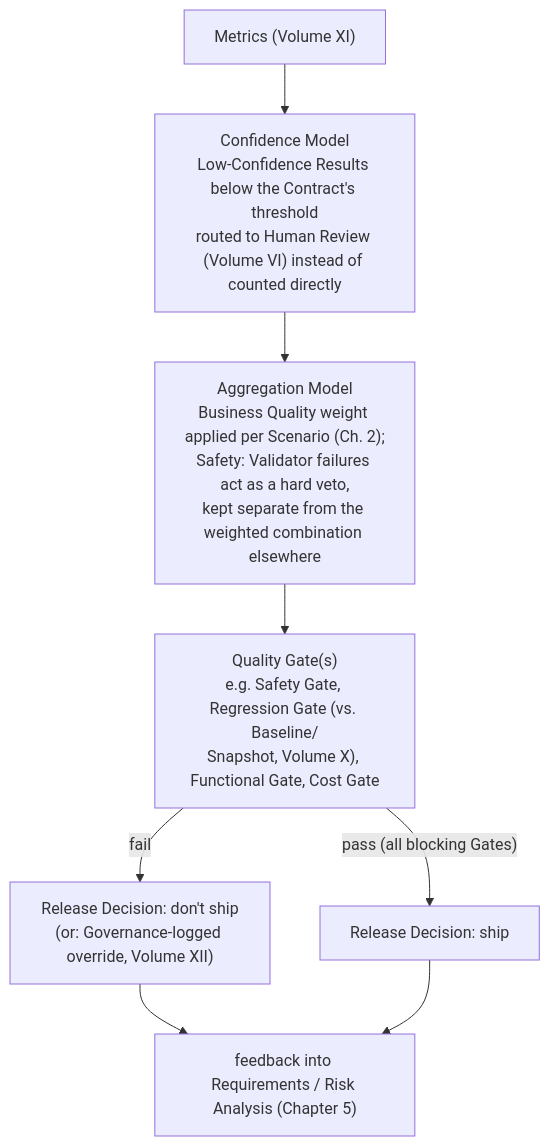
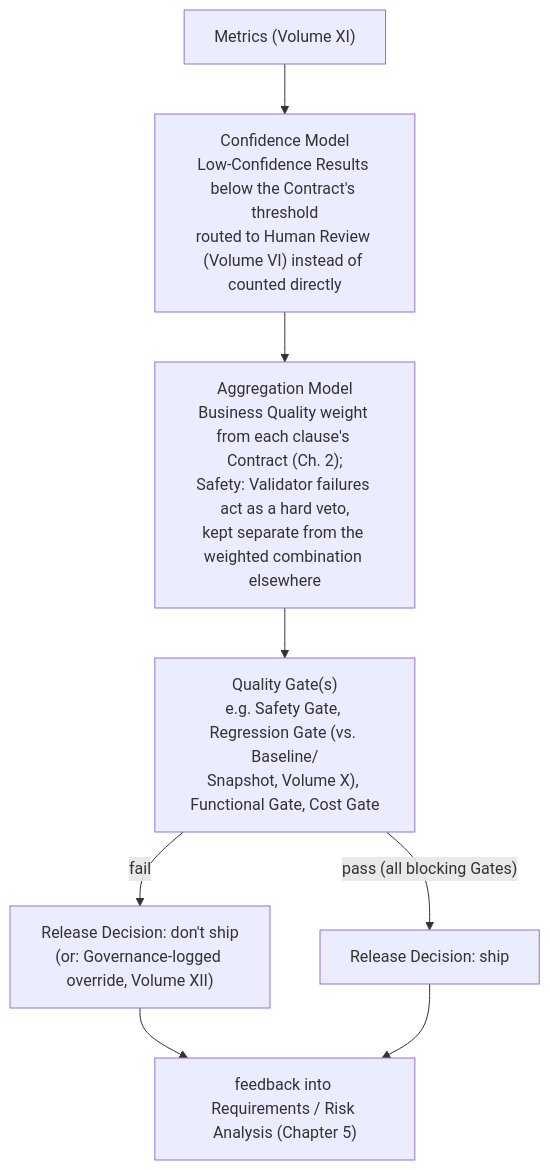
The third of 3 diagrams in part-i-foundations/volume-i-architecture-concepts.md (igorakymenko-create/AQEF), drawn with Mermaid before and after one commit. The commit also changed other lines of this file and 19 other files, not shown here.

````diff
--- a/part-i-foundations/volume-i-architecture-concepts.md
+++ b/part-i-foundations/volume-i-architecture-concepts.md
@@ -836,10 +836,10 @@
 ```mermaid
 flowchart TD
     M["Metrics (Volume XI)"] --> CM["Confidence Model<br/>Low-Confidence Results below the Contract's threshold<br/>routed to Human Review (Volume VI) instead of counted directly"]
-    CM --> AM["Aggregation Model<br/>Business Quality weight applied per Scenario (Ch. 2);<br/>Safety: Validator failures act as a hard veto,<br/>kept separate from the weighted combination elsewhere"]
+    CM --> AM["Aggregation Model<br/>Business Quality weight from each clause's Contract (Ch. 2);<br/>Safety: Validator failures act as a hard veto,<br/>kept separate from the weighted combination elsewhere"]
     AM --> QG["Quality Gate(s)<br/>e.g. Safety Gate, Regression Gate (vs. Baseline/<br/>Snapshot, Volume X), Functional Gate, Cost Gate"]
     QG -->|fail| RDN["Release Decision: don't ship<br/>(or: Governance-logged override, Volume XII)"]
     QG -->|"pass (all blocking Gates)"| RDS["Release Decision: ship"]
     RDN --> FB["feedback into Requirements / Risk Analysis (Chapter 5)"]
     RDS --> FB
 ```
````
